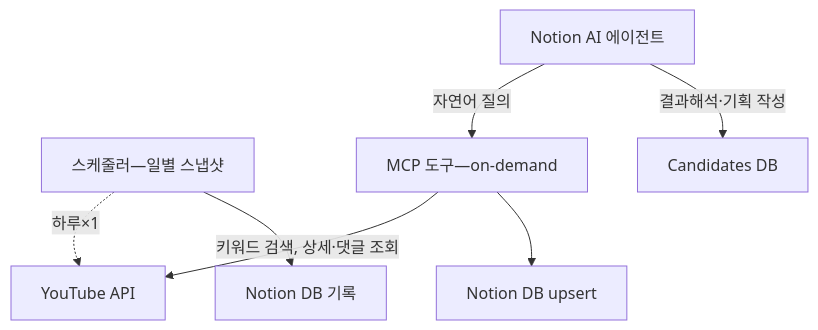
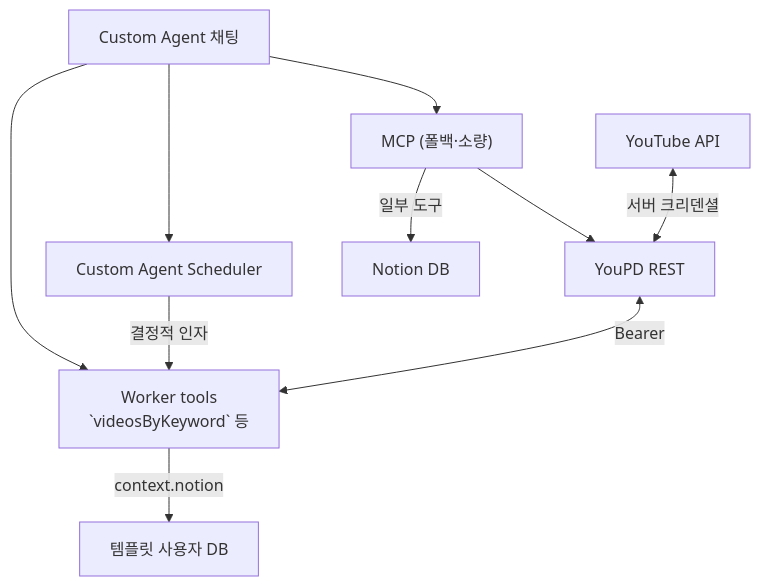
Before and after one commit to ssota-labs/youpd: the third of 3 diagrams in docs/뷰트랩 자체 구축 설계 — Notion DB + YouTube API + MCP c478864759b447d7aa2c2065f5547232.md, drawn with Mermaid. The commit also changed other lines of this file and 11 other files, not shown here.

First line of the commit message:
feat(notion-worker): switch to tools-only pipeline for template DB writes

````diff
--- a/docs/뷰트랩 자체 구축 설계 — Notion DB + YouTube API + MCP c478864759b447d7aa2c2065f5547232.md
+++ b/docs/뷰트랩 자체 구축 설계 — Notion DB + YouTube API + MCP c478864759b447d7aa2c2065f5547232.md
@@ -320,9 +336,12 @@
 ```mermaid
 flowchart TD
-	A["스케줄러—일별 스냅샷"] -.하루×1.-> Y["YouTube API"]
-	A --> N1["Notion DB 기록"]
-	B["MCP 도구—on-demand"] -->|키워드 검색, 상세·댓글 조회| Y
-	B --> N2["Notion DB upsert"]
-	C["Notion AI 에이전트"] -->|자연어 질의| B
-	C -->|결과해석·기획 작성| N3["Candidates DB"]
+	Y["YouTube API"] <-->|"서버 크리덴셜"| REST["YouPD REST"]
+	REST <-->|Bearer| WTOOLS["Worker tools<br>`videosByKeyword` 등"]
+	WTOOLS -->|context.notion| N1["템플릿 사용자 DB"]
+	SCH["Custom Agent Scheduler"] -->|결정적 인자| WTOOLS
+	A["MCP (폴백·소량)"] --> REST
+	A -->|일부 도구| N2["Notion DB"]
+	C["Custom Agent 채팅"] --> WTOOLS
+	C --> A
+	C --> SCH
 ```
````
